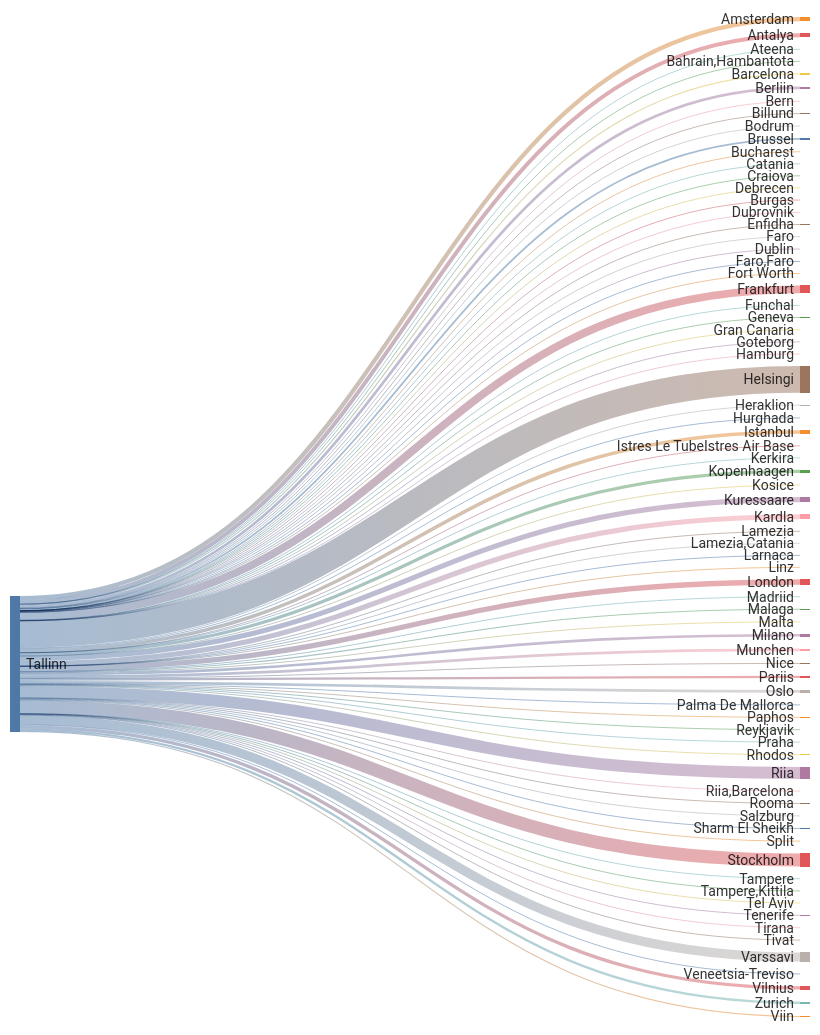
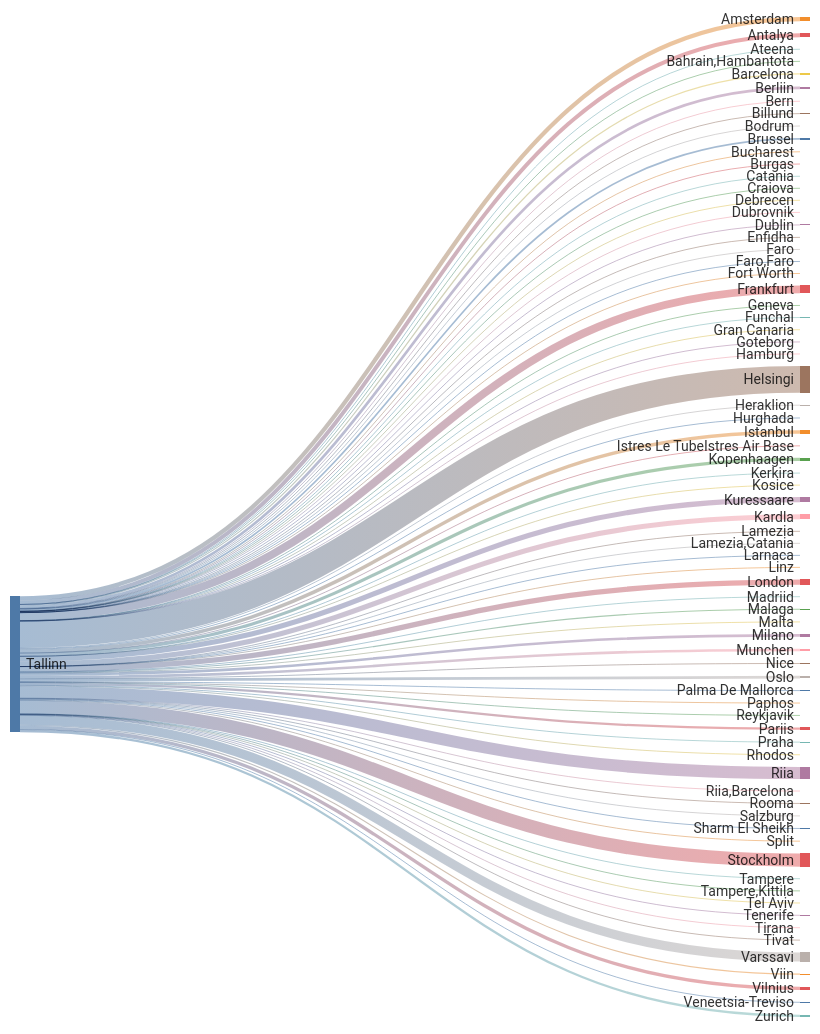
The second of 2 diagrams in README.md (rainermesi/tll-airport-departures), drawn with Mermaid before and after one commit. The commit also changed other lines of this file and 1 other file, not shown here.

````diff
--- a/README.md
+++ b/README.md
@@ -41,16 +41,16 @@
 ---
 sankey-beta
 %% source,target,value
-Tallinn,Amsterdam,429
-Tallinn,Antalya,398
+Tallinn,Amsterdam,431
+Tallinn,Antalya,400
 Tallinn,Ateena,16
 Tallinn,"Bahrain,Hambantota",1
-Tallinn,Barcelona,119
+Tallinn,Barcelona,121
 Tallinn,Berliin,276
 Tallinn,Bern,1
-Tallinn,Billund,69
+Tallinn,Billund,70
 Tallinn,Bodrum,11
-Tallinn,Brussel,172
+Tallinn,Brussel,173
 Tallinn,Bucharest,1
 Tallinn,Burgas,47
 Tallinn,Catania,2
@@ -62,29 +62,29 @@
 Tallinn,Faro,4
 Tallinn,"Faro,Faro",1
 Tallinn,Fort Worth,1
-Tallinn,Frankfurt,798
+Tallinn,Frankfurt,801
 Tallinn,Funchal,5
 Tallinn,Geneva,13
 Tallinn,Gran Canaria,38
 Tallinn,Goteborg,2
 Tallinn,Hamburg,2
-Tallinn,Helsingi,2708
-Tallinn,Heraklion,84
+Tallinn,Helsingi,2719
+Tallinn,Heraklion,85
 Tallinn,Hurghada,75
-Tallinn,Istanbul,355
+Tallinn,Istanbul,356
 Tallinn,Istres Le TubeIstres Air Base,2
 Tallinn,Kerkira,4
-Tallinn,Kopenhaagen,324
+Tallinn,Kopenhaagen,325
 Tallinn,Kosice,1
-Tallinn,Kuressaare,515
-Tallinn,Kardla,515
+Tallinn,Kuressaare,517
+Tallinn,Kardla,517
 Tallinn,Lamezia,1
 Tallinn,"Lamezia,Catania",3
 Tallinn,Larnaca,4
 Tallinn,Linz,2
-Tallinn,London,535
+Tallinn,London,537
 Tallinn,Madriid,2
-Tallinn,Malaga,107
+Tallinn,Malaga,108
 Tallinn,Malta,25
 Tallinn,Milano,264
 Tallinn,Munchen,267
@@ -93,27 +93,27 @@
 Tallinn,Palma De Mallorca,29
 Tallinn,Paphos,66
 Tallinn,Pariis,231
-Tallinn,Praha,74
+Tallinn,Praha,75
 Tallinn,Reykjavik,12
 Tallinn,Rhodos,52
-Tallinn,Riia,1214
+Tallinn,Riia,1219
 Tallinn,"Riia,Barcelona",1
 Tallinn,Rooma,80
 Tallinn,Salzburg,14
 Tallinn,Sharm El Sheikh,99
 Tallinn,Split,45
-Tallinn,Stockholm,1337
+Tallinn,Stockholm,1342
 Tallinn,Tampere,17
 Tallinn,"Tampere,Kittila",21
 Tallinn,Tel Aviv,2
 Tallinn,Tenerife,58
 Tallinn,Tirana,26
 Tallinn,Tivat,55
-Tallinn,Varssavi,933
+Tallinn,Varssavi,936
 Tallinn,Veneetsia-Treviso,67
 Tallinn,Viin,106
-Tallinn,Vilnius,335
-Tallinn,Zurich,236
+Tallinn,Vilnius,336
+Tallinn,Zurich,237
 
 
 ```
````
